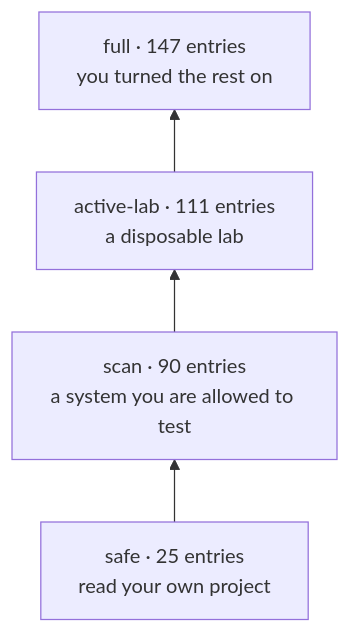
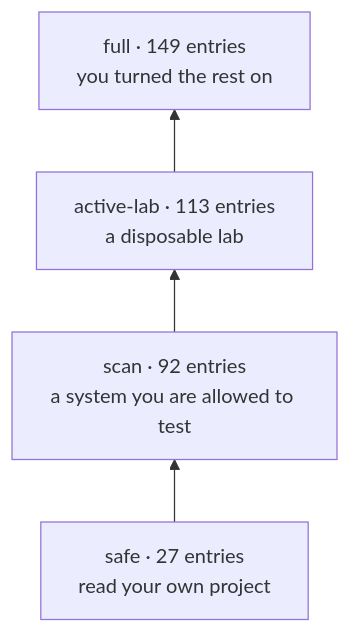
One commit to Coff0xc/AutoRedTeam-Orchestrator changed the third of 12 diagrams in README.md. Above: the diagram before and after it, drawn with Mermaid. The commit also changed other lines of this file and 1 other file, not shown here.

First line of the commit message:
docs: record skill_catalog/read on the 20/24/25/25 resident tools/list

````diff
--- a/README.md
+++ b/README.md
@@ -117,8 +117,8 @@
 ```mermaid
 flowchart BT
-  safe["safe · 25 entries<br/>read your own project"]
-  scan["scan · 90 entries<br/>a system you are allowed to test"]
-  lab["active-lab · 111 entries<br/>a disposable lab"]
-  full["full · 147 entries<br/>you turned the rest on"]
+  safe["safe · 27 entries<br/>read your own project"]
+  scan["scan · 92 entries<br/>a system you are allowed to test"]
+  lab["active-lab · 113 entries<br/>a disposable lab"]
+  full["full · 149 entries<br/>you turned the rest on"]
   safe --> scan --> lab --> full
 ```
````
